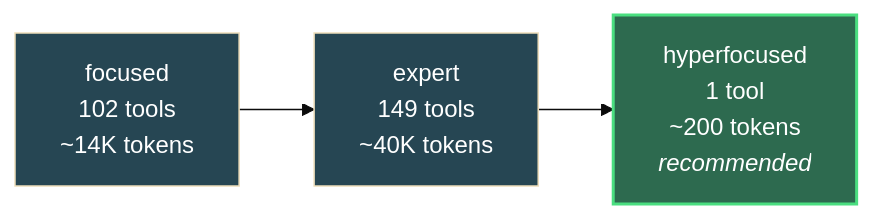
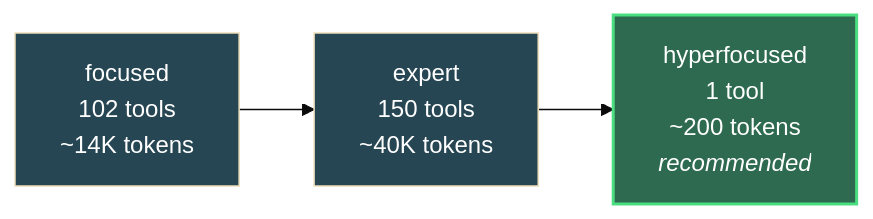
Before and after one commit to Edgars-Ralfs-Dunis/vibing-steampunk: the third of 3 diagrams in README.md, drawn with Mermaid (base theme). The commit also changed other lines of this file and 7 other files, not shown here.

````diff
--- a/README.md
+++ b/README.md
@@ -1496,8 +1496,8 @@
 ```mermaid
 graph LR
-    F["focused<br/>102 tools<br/>~14K tokens"] --> E["expert<br/>149 tools<br/>~40K tokens"]
+    F["focused<br/>102 tools<br/>~14K tokens"] --> E["expert<br/>150 tools<br/>~40K tokens"]
     E --> H["hyperfocused<br/>1 tool<br/>~200 tokens<br/><i>recommended</i>"]
     style H fill:#2d6a4f,color:#fff,stroke:#4ade80,stroke-width:2px
     style F fill:#264653,color:#fff
     style E fill:#264653,color:#fff
 ```
````
